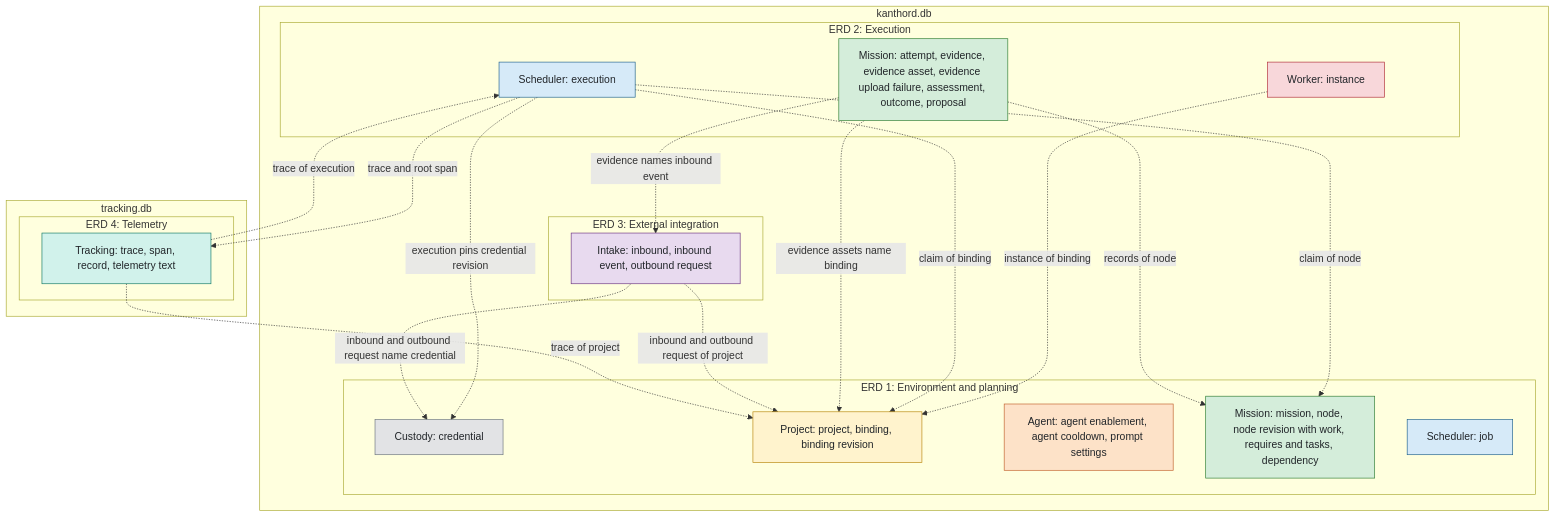
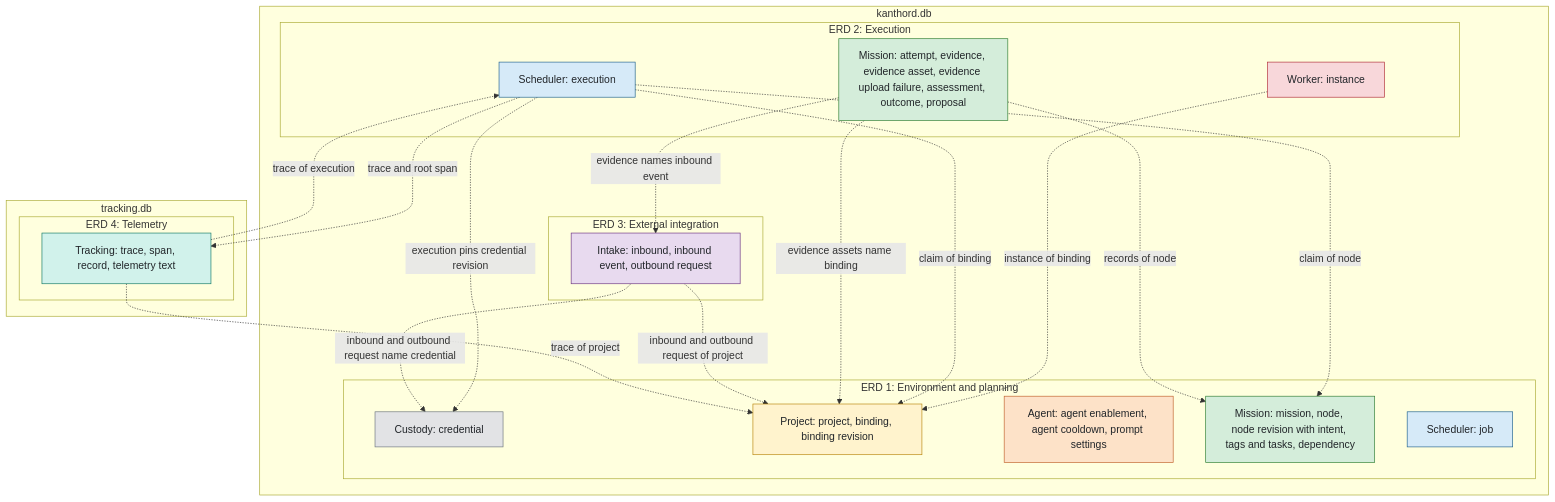
Before and after one commit to kanthorlabs/kanthord: the diagram in docs/reference/erd/README.md, drawn with Mermaid. The commit also changed 41 other files, not shown here.

First line of the commit message:
docs: rename node work to intent and requires and traits to tags

````diff
--- a/docs/reference/erd/README.md
+++ b/docs/reference/erd/README.md
@@ -32,58 +32,58 @@
 ```mermaid
 flowchart TB
     subgraph db1["kanthord.db"]
         subgraph v1["ERD 1: Environment and planning"]
             c1["Custody: credential"]
             p1["Project: project, binding, binding revision"]
             a1["Agent: agent enablement, agent cooldown, prompt settings"]
-            m1["Mission: mission, node, node revision with work, requires and tasks, dependency"]
+            m1["Mission: mission, node, node revision with intent, tags and tasks, dependency"]
             s1["Scheduler: job"]
         end
         subgraph v2["ERD 2: Execution"]
             w2["Worker: instance"]
             s2["Scheduler: execution"]
             m2["Mission: attempt, evidence, evidence asset, evidence upload failure, assessment, outcome, proposal"]
         end
         subgraph v3["ERD 3: External integration"]
             i3["Intake: inbound, inbound event, outbound request"]
         end
     end
     subgraph db2["tracking.db"]
         subgraph v4["ERD 4: Telemetry"]
             t4["Tracking: trace, span, record, telemetry text"]
         end
     end
 
     w2 -.->|instance of binding| p1
     s2 -.->|claim of node| m1
     s2 -.->|claim of binding| p1
     s2 -.->|execution pins credential revision| c1
     m2 -.->|records of node| m1
     m2 -.->|evidence assets name binding| p1
 
     i3 -.->|inbound and outbound request of project| p1
     i3 -.->|inbound and outbound request name credential| c1
     m2 -.->|evidence names inbound event| i3
 
     t4 -.->|trace of execution| s2
     s2 -.->|trace and root span| t4
     t4 -.->|trace of project| p1
 
     classDef custody fill:#e2e3e5,stroke:#6c757d,color:#212529
     classDef project fill:#fff3cd,stroke:#b8860b,color:#212529
     classDef worker fill:#f8d7da,stroke:#b02a37,color:#212529
     classDef agent fill:#fde2c8,stroke:#c0602b,color:#212529
     classDef mission fill:#d4edda,stroke:#2e7d32,color:#212529
     classDef scheduler fill:#d6eaf8,stroke:#1f618d,color:#212529
     classDef intake fill:#e8daef,stroke:#6c3483,color:#212529
     classDef tracking fill:#d1f2eb,stroke:#117a65,color:#212529
 
     class c1 custody
     class p1 project
     class w2 worker
     class a1 agent
     class m1,m2 mission
     class s1,s2 scheduler
     class i3 intake
     class t4 tracking
 ```
````
